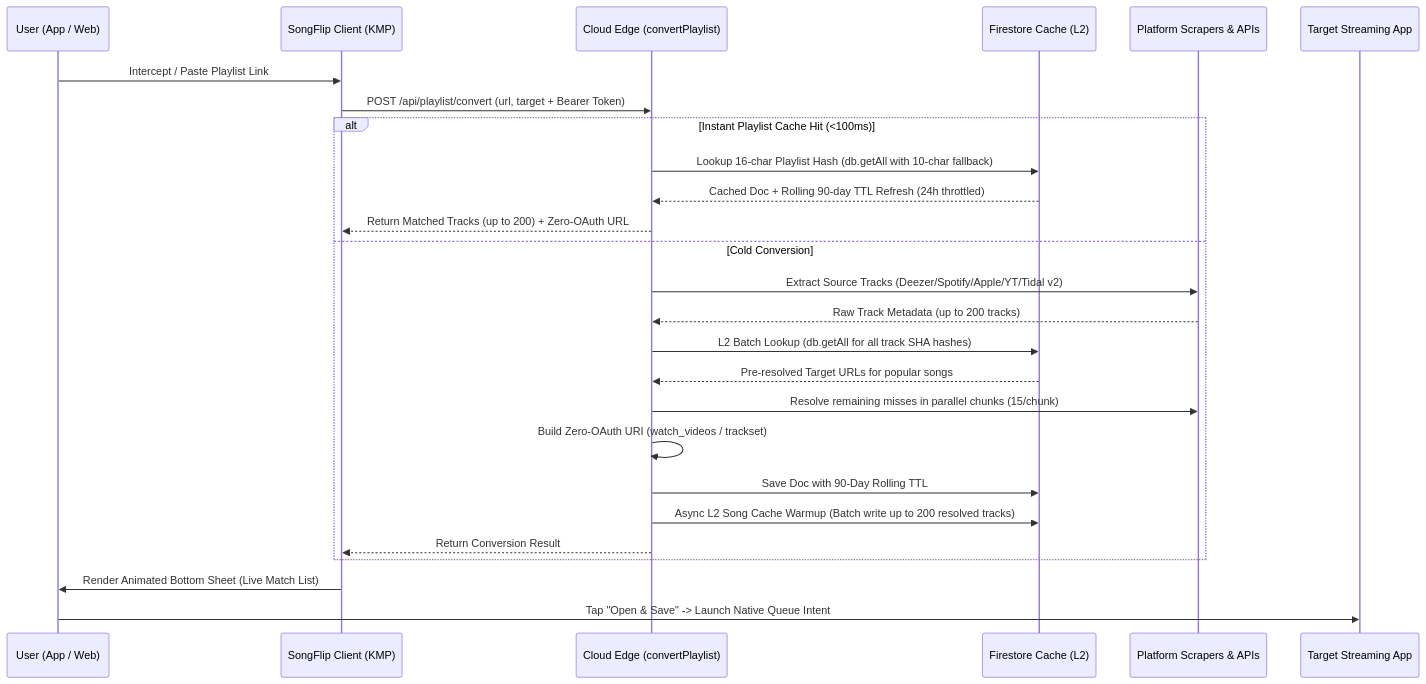
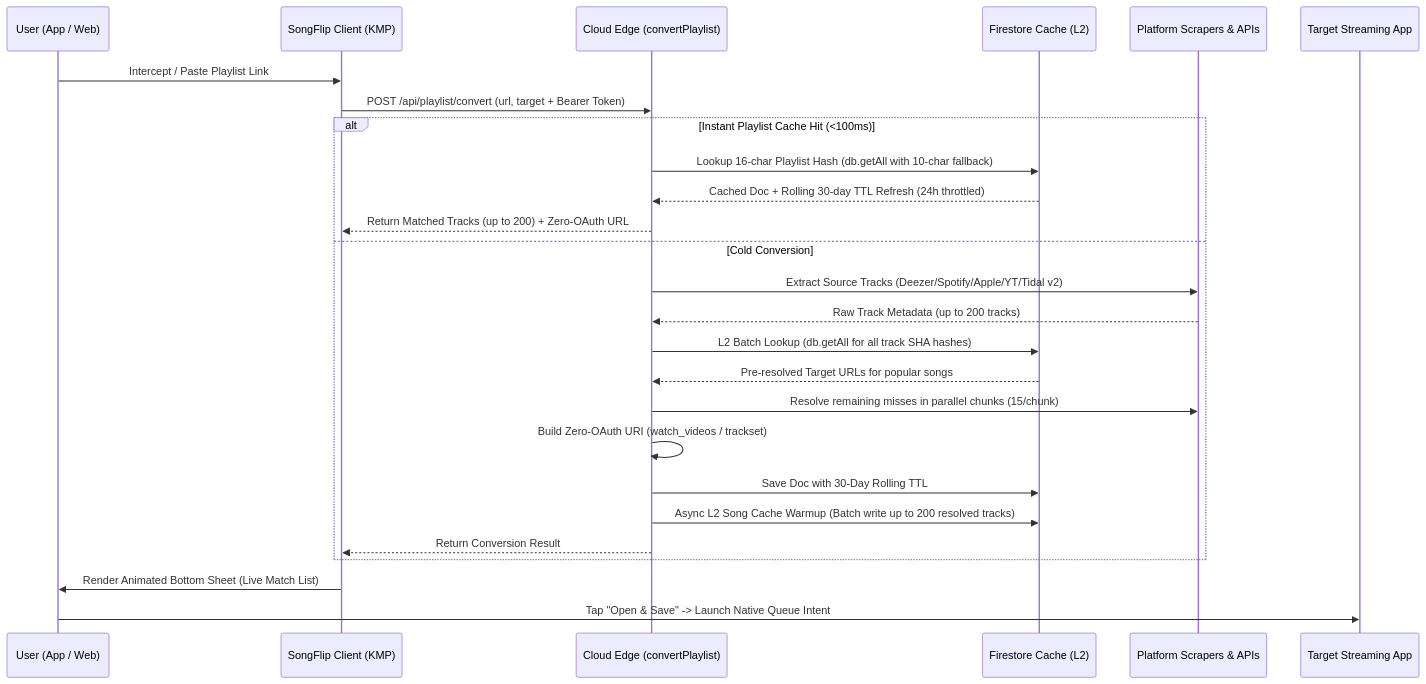
Before and after one commit to thefraggle/songflip: the second of 2 diagrams in ARCHITECTURE.md, drawn with Mermaid. The commit also changed other lines of this file and 2 other files, not shown here.

Commit message:
fix(ui): update YouTube Music drawable to official 2-color icon and sync 30-day L2 TTL docs

````diff
--- a/ARCHITECTURE.md
+++ b/ARCHITECTURE.md
@@ -122,31 +122,31 @@
 ```mermaid
 sequenceDiagram
     participant User as User (App / Web)
     participant Client as SongFlip Client (KMP)
     participant Edge as Cloud Edge (convertPlaylist)
     participant Cache as Firestore Cache (L2)
     participant Scraper as Platform Scrapers & APIs
     participant Target as Target Streaming App
 
     User->>Client: Intercept / Paste Playlist Link
     Client->>Edge: POST /api/playlist/convert (url, target + Bearer Token)
     
     alt Instant Playlist Cache Hit (<100ms)
         Edge->>Cache: Lookup 16-char Playlist Hash (db.getAll with 10-char fallback)
-        Cache-->>Edge: Cached Doc + Rolling 90-day TTL Refresh (24h throttled)
+        Cache-->>Edge: Cached Doc + Rolling 30-day TTL Refresh (24h throttled)
         Edge-->>Client: Return Matched Tracks (up to 200) + Zero-OAuth URL
     else Cold Conversion
         Edge->>Scraper: Extract Source Tracks (Deezer/Spotify/Apple/YT/Tidal v2)
         Scraper-->>Edge: Raw Track Metadata (up to 200 tracks)
         Edge->>Cache: L2 Batch Lookup (db.getAll for all track SHA hashes)
         Cache-->>Edge: Pre-resolved Target URLs for popular songs
         Edge->>Scraper: Resolve remaining misses in parallel chunks (15/chunk)
         Edge->>Edge: Build Zero-OAuth URI (watch_videos / trackset)
-        Edge->>Cache: Save Doc with 90-Day Rolling TTL
+        Edge->>Cache: Save Doc with 30-Day Rolling TTL
         Edge->>Cache: Async L2 Song Cache Warmup (Batch write up to 200 resolved tracks)
         Edge-->>Client: Return Conversion Result
     end
 
     Client->>User: Render Animated Bottom Sheet (Live Match List)
     User->>Target: Tap "Open & Save" -> Launch Native Queue Intent
 ```
````
